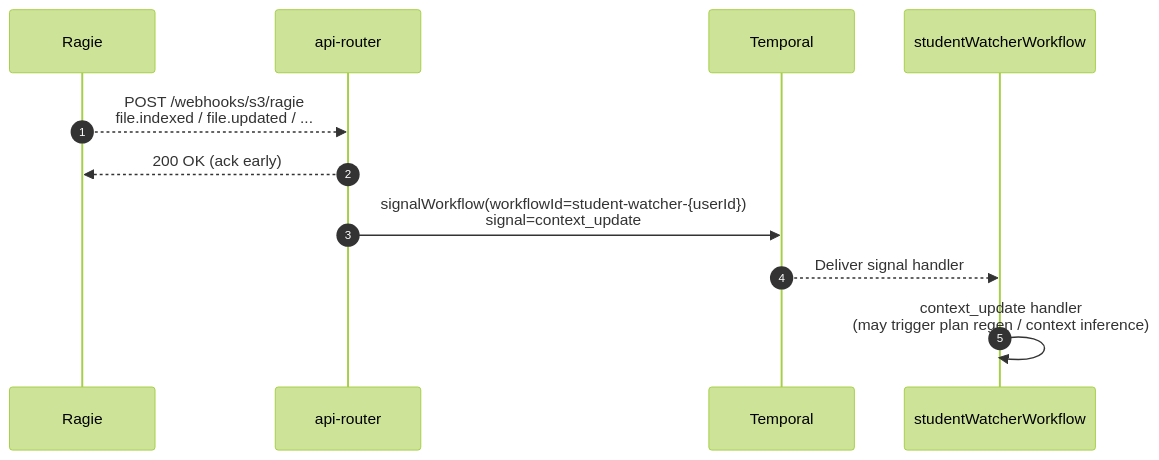
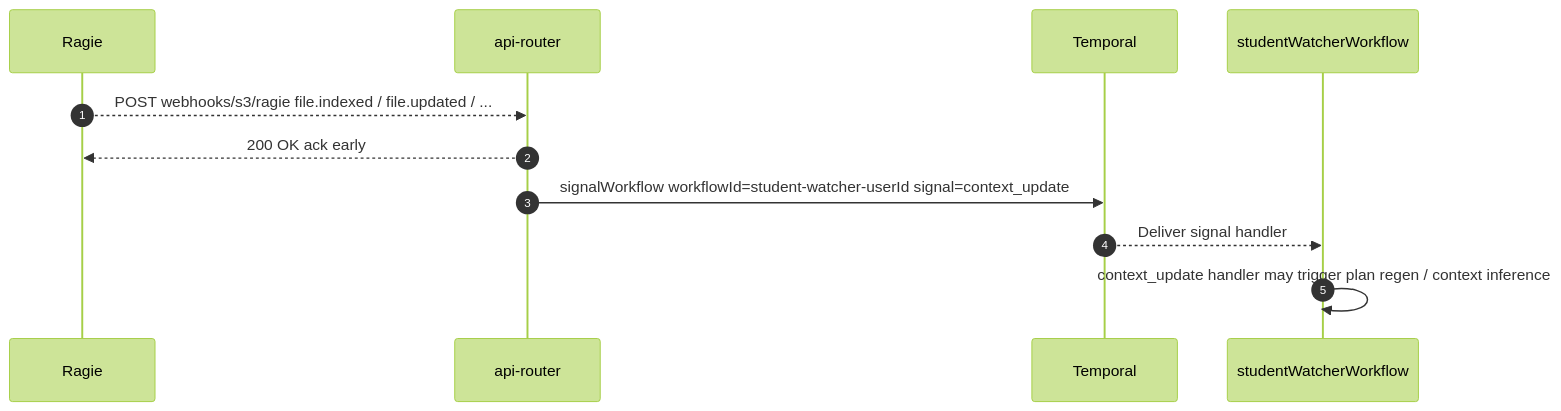
Before and after one commit to DormWay/mintlify-docs: diagram 13 of 23 in docs/engineering/architecture/how-dormway-works.mdx, drawn with Mermaid (forest theme). The commit also changed other lines of this file, not shown here.

First line of the commit message:
fix: sanitize all 23 mermaid diagrams for Mermaid 11.x

````diff
--- a/docs/engineering/architecture/how-dormway-works.mdx
+++ b/docs/engineering/architecture/how-dormway-works.mdx
@@ -700,14 +700,14 @@
 ```mermaid
 sequenceDiagram
   autonumber
   participant Ragie as Ragie
   participant API as api-router
   participant Temporal as Temporal
   participant Watcher as studentWatcherWorkflow
 
-  Ragie-->>API: POST /webhooks/s3/ragie<br>file.indexed / file.updated / ...
-  API-->>Ragie: 200 OK (ack early)
-  API->>Temporal: signalWorkflow(workflowId=student-watcher-{userId})<br>signal=context_update
+  Ragie-->>API: POST webhooks/s3/ragie file.indexed / file.updated / ...
+  API-->>Ragie: 200 OK ack early
+  API->>Temporal: signalWorkflow workflowId=student-watcher-userId signal=context_update
   Temporal-->>Watcher: Deliver signal handler
-  Watcher->>Watcher: context_update handler<br>(may trigger plan regen / context inference)
+  Watcher->>Watcher: context_update handler may trigger plan regen / context inference
 ```
````
